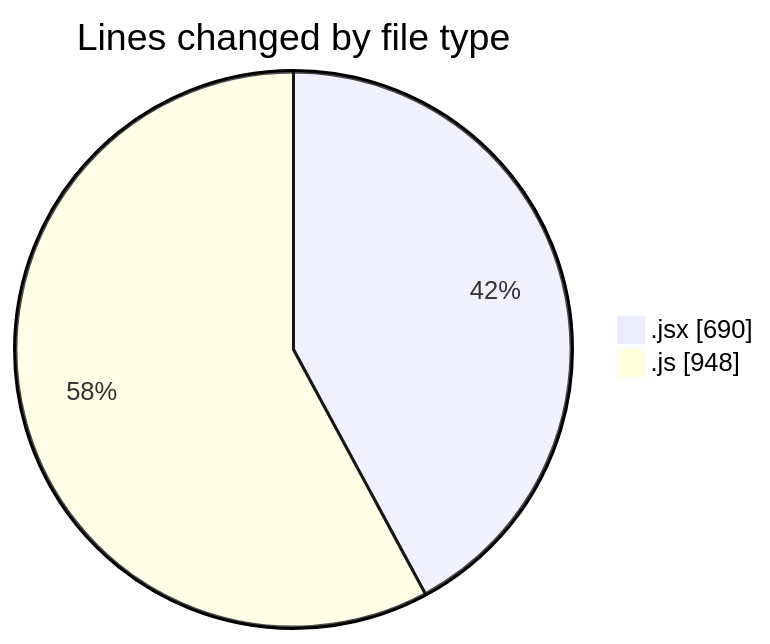
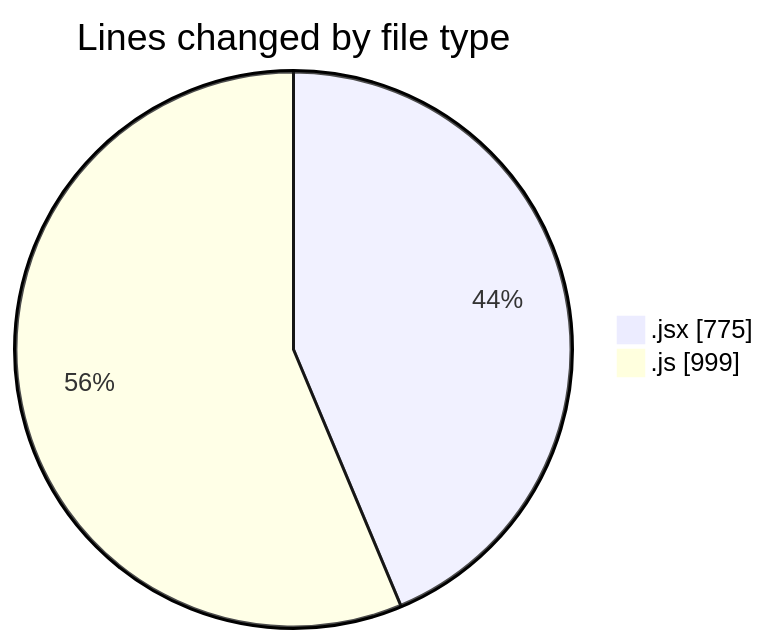
Before and after one commit to nxtqubesakshisongat/code-tracking: the first of 2 diagrams in 2025-07-25/nxtqube_webapp/README.md, drawn with Mermaid. The commit also changed other lines of this file and 1 other file, not shown here.

````diff
--- a/2025-07-25/nxtqube_webapp/README.md
+++ b/2025-07-25/nxtqube_webapp/README.md
@@ -24,6 +26,6 @@
 ```mermaid
 pie showData
 title Lines changed by file type
-".jsx" : 690
-".js" : 948
+".jsx" : 775
+".js" : 999
 ```
````
